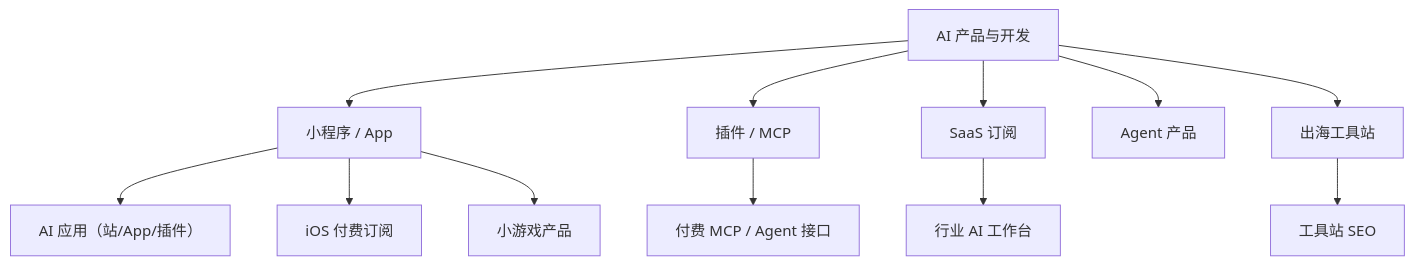
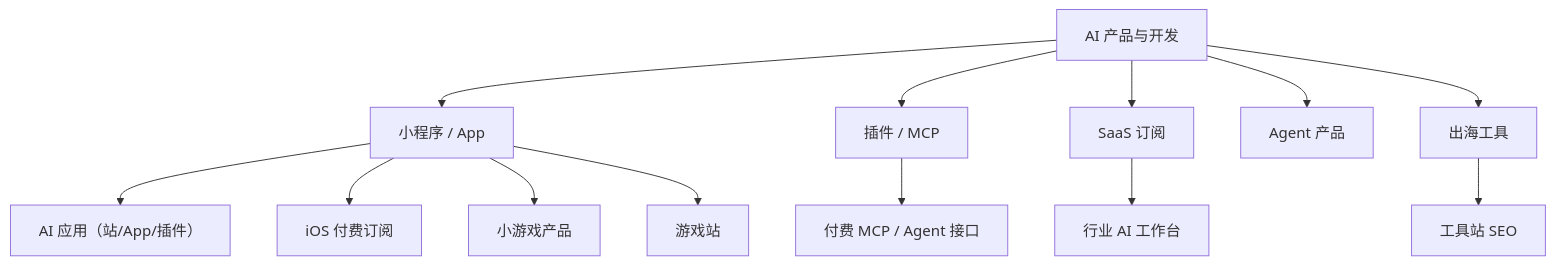
Before and after one commit to inkwen-dev/leiwen.pro: the diagram in playbook/站点/图/ai-product.md, drawn with Mermaid. The commit also changed 16 other files, not shown here.

````diff
--- a/playbook/站点/图/ai-product.md
+++ b/playbook/站点/图/ai-product.md
@@ -5,26 +5,28 @@
 ```mermaid
 flowchart TB
   n1["AI 产品与开发"]
   n2["小程序 / App"]
   n1 --> n2
   n3["AI 应用（站/App/插件）"]
   n2 --> n3
   n4["iOS 付费订阅"]
   n2 --> n4
   n5["小游戏产品"]
   n2 --> n5
+  n13["游戏站"]
+  n2 --> n13
   n6["插件 / MCP"]
   n1 --> n6
   n7["付费 MCP / Agent 接口"]
   n6 --> n7
   n8["SaaS 订阅"]
   n1 --> n8
   n9["行业 AI 工作台"]
   n8 --> n9
   n10["Agent 产品"]
   n1 --> n10
-  n11["出海工具站"]
+  n11["出海工具"]
   n1 --> n11
   n12["工具站 SEO"]
   n11 --> n12
 ```
````
